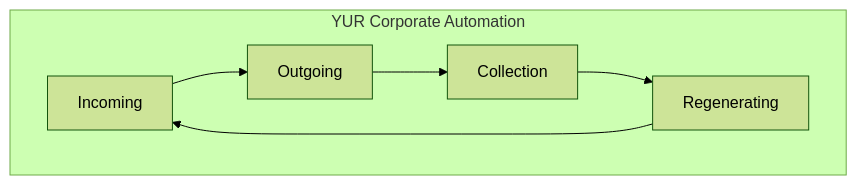
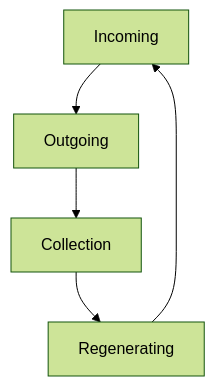
The diagram in README.md (YUR-AI-CREATIONS/yur-automation), drawn with Mermaid (forest theme) before and after one commit. The commit also changed other lines of this file and 111 other files, not shown here.

````diff
--- a/README.md
+++ b/README.md
@@ -22,14 +13,7 @@
 ```mermaid
 flowchart TB
-  subgraph circle [YUR Corporate Automation]
-    IN[Incoming]
-    OUT[Outgoing]
-    COLL[Collection]
-    REG[Regenerating]
-  end
-
-  IN --> OUT
-  OUT --> COLL
-  COLL --> REG
+  IN[Incoming] --> OUT[Outgoing]
+  OUT --> COLL[Collection]
+  COLL --> REG[Regenerating]
   REG --> IN
 ```
````
